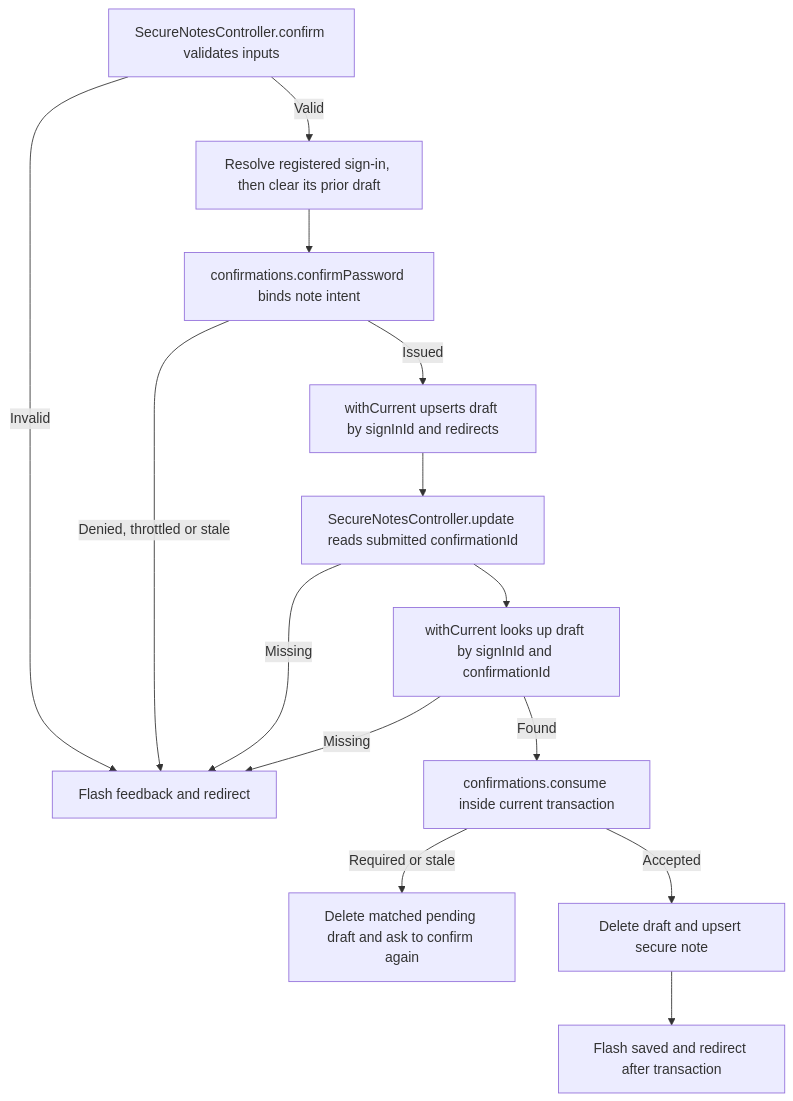
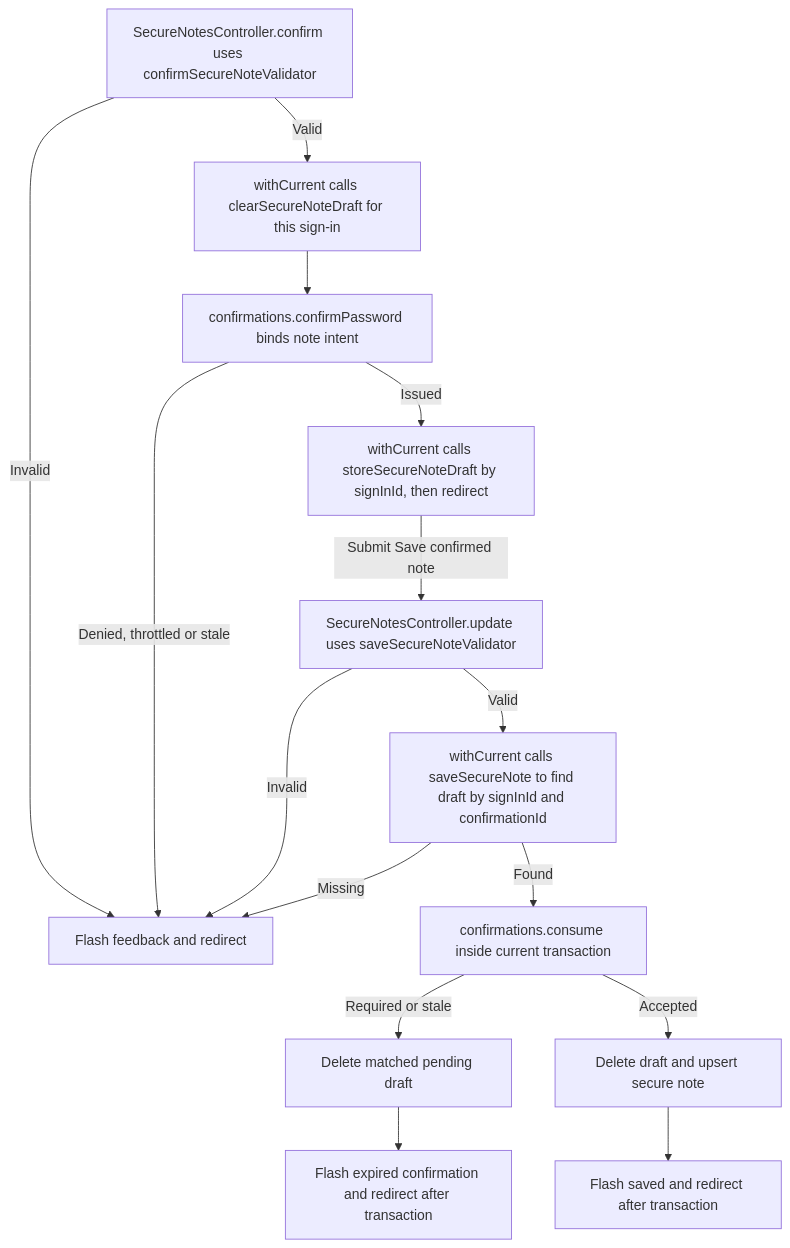
One commit to Kevinjohn/oss-adonisjs-starter-examples changed the second of 2 diagrams in user-stories/notes/us-note-04-save-secure-note.md. Above: the diagram before and after it, drawn with Mermaid. The commit also changed other lines of this file and 25 other files, not shown here.

````diff
--- a/user-stories/notes/us-note-04-save-secure-note.md
+++ b/user-stories/notes/us-note-04-save-secure-note.md
@@ -34,16 +34,17 @@
 ```mermaid
 flowchart TD
-    A["SecureNotesController.confirm validates inputs"] -->|Invalid| X["Flash feedback and redirect"]
-    A -->|Valid| B["Resolve registered sign-in, then clear its prior draft"]
+    A["SecureNotesController.confirm uses confirmSecureNoteValidator"] -->|Invalid| X["Flash feedback and redirect"]
+    A -->|Valid| B["withCurrent calls clearSecureNoteDraft for this sign-in"]
     B --> C["confirmations.confirmPassword binds note intent"]
     C -->|Denied, throttled or stale| X
-    C -->|Issued| D["withCurrent upserts draft by signInId and redirects"]
-    D --> E["SecureNotesController.update reads submitted confirmationId"]
-    E -->|Missing| X
-    E --> F["withCurrent looks up draft by signInId and confirmationId"]
+    C -->|Issued| D["withCurrent calls storeSecureNoteDraft by signInId, then redirect"]
+    D -->|Submit Save confirmed note| E["SecureNotesController.update uses saveSecureNoteValidator"]
+    E -->|Invalid| X
+    E -->|Valid| F["withCurrent calls saveSecureNote to find draft by signInId and confirmationId"]
     F -->|Missing| X
     F -->|Found| G["confirmations.consume inside current transaction"]
-    G -->|Required or stale| H["Delete matched pending draft and ask to confirm again"]
+    G -->|Required or stale| H["Delete matched pending draft"]
     G -->|Accepted| I["Delete draft and upsert secure note"]
+    H --> K["Flash expired confirmation and redirect after transaction"]
     I --> J["Flash saved and redirect after transaction"]
 ```
````
